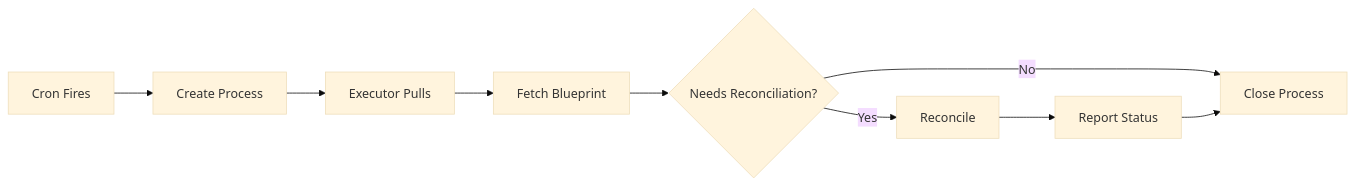
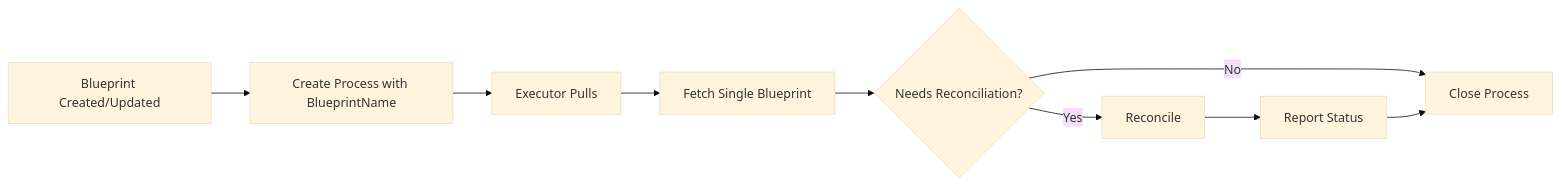
The second of 2 diagrams in docker-reconciler/docs/CRON_ARCHITECTURE.md (JosefVilestadGit/executors), drawn with Mermaid (base theme) before and after one commit. The commit also changed other lines of this file and 1 other file, not shown here.

````diff
--- a/docker-reconciler/docs/CRON_ARCHITECTURE.md
+++ b/docker-reconciler/docs/CRON_ARCHITECTURE.md
@@ -29,11 +46,11 @@
 ```mermaid
 flowchart LR
-    A[Cron Fires] --> B[Create Process]
+    A[Blueprint Created/Updated] --> B[Create Process with BlueprintName]
     B --> C[Executor Pulls]
-    C --> D[Fetch Blueprint]
+    C --> D[Fetch Single Blueprint]
     D --> E{Needs Reconciliation?}
     E -->|No| F[Close Process]
     E -->|Yes| G[Reconcile]
     G --> H[Report Status]
     H --> F
 ```
````
